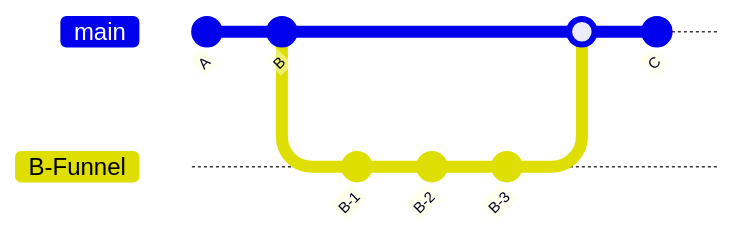
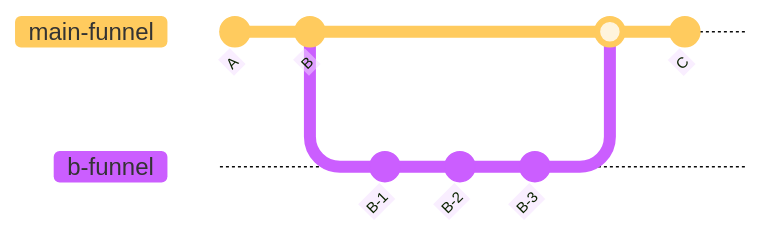
One commit to toss/use-funnel changed the diagram in docs/src/pages/docs/sub-funnel.ko.mdx. Above: the diagram before and after it, drawn with Mermaid. The commit also changed other lines of this file and 15 other files, not shown here.

````diff
--- a/docs/src/pages/docs/sub-funnel.ko.mdx
+++ b/docs/src/pages/docs/sub-funnel.ko.mdx
@@ -1,13 +6,14 @@
 ```mermaid
+%%{init: { 'logLevel': 'debug', 'theme': 'base', 'gitGraph': {'showBranches': true, 'showCommitLabel':true,'mainBranchName': 'main-funnel'}} }%%
 gitGraph
   commit id: "A"
   commit id: "B"
-  branch B-Funnel
-  checkout B-Funnel
+  branch "b-funnel"
+  checkout "b-funnel"
   commit id: "B-1"
   commit id: "B-2"
   commit id: "B-3"
-  checkout main
-  merge B-Funnel
+  checkout "main-funnel"
+  merge "b-funnel"
   commit id: "C"
 ```
````
